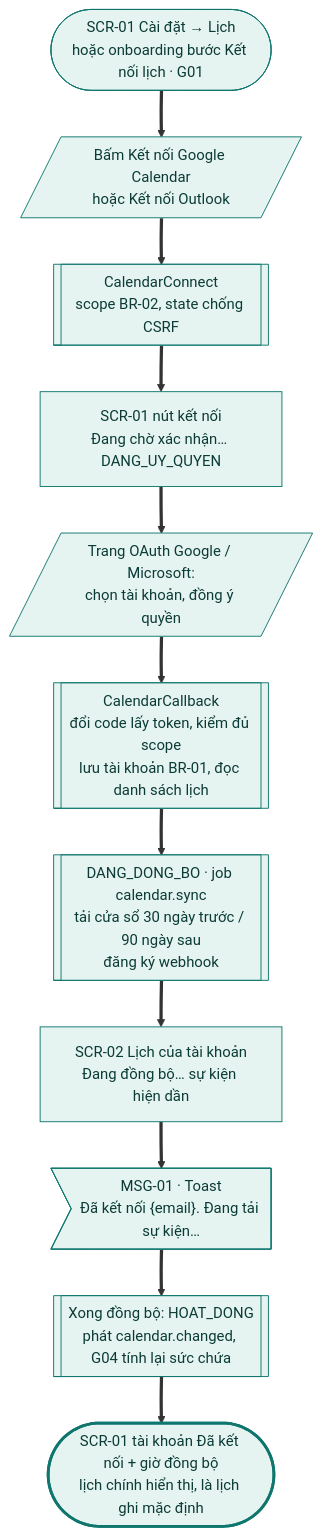
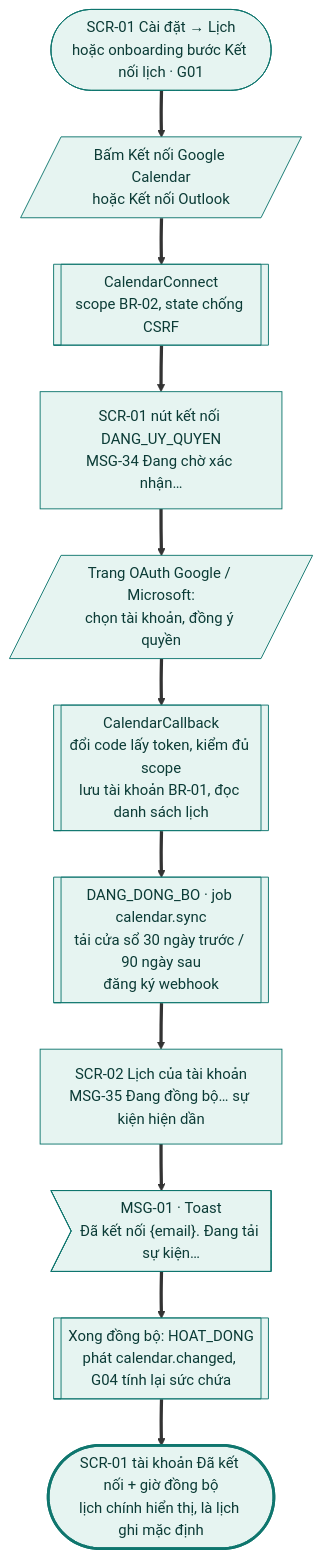
Before and after one commit to tannguyenho/personal-app: the first of 22 diagrams in docs/design-brief/flow/g05-lich-timebox.md, drawn with Mermaid. The commit also changed other lines of this file and 7 other files, not shown here.

First line of the commit message:
docs(G05, G07): áp quyết định PO 09/11 vào SRS, PRD, flow; QC-10, IA khay

````diff
--- a/docs/design-brief/flow/g05-lich-timebox.md
+++ b/docs/design-brief/flow/g05-lich-timebox.md
@@ -30,28 +30,28 @@
 ```mermaid
 flowchart TD
   start(["SCR-01 Cài đặt → Lịch<br/>hoặc onboarding bước Kết nối lịch · G01"])
   u1[/"Bấm Kết nối Google Calendar<br/>hoặc Kết nối Outlook"/]
   p1[["CalendarConnect<br/>scope BR-02, state chống CSRF"]]
-  s1["SCR-01 nút kết nối<br/>Đang chờ xác nhận… DANG_UY_QUYEN"]
+  s1["SCR-01 nút kết nối DANG_UY_QUYEN<br/>MSG-34 Đang chờ xác nhận…"]
   u2[/"Trang OAuth Google / Microsoft:<br/>chọn tài khoản, đồng ý quyền"/]
   p2[["CalendarCallback<br/>đổi code lấy token, kiểm đủ scope<br/>lưu tài khoản BR-01, đọc danh sách lịch"]]
   p3[["DANG_DONG_BO · job calendar.sync<br/>tải cửa sổ 30 ngày trước / 90 ngày sau<br/>đăng ký webhook"]]
-  s2["SCR-02 Lịch của tài khoản<br/>Đang đồng bộ… sự kiện hiện dần"]
+  s2["SCR-02 Lịch của tài khoản<br/>MSG-35 Đang đồng bộ… sự kiện hiện dần"]
   m1>"MSG-01 · Toast<br/>Đã kết nối {email}. Đang tải sự kiện…"]
   p4[["Xong đồng bộ: HOAT_DONG<br/>phát calendar.changed, G04 tính lại sức chứa"]]
   ok(["SCR-01 tài khoản Đã kết nối + giờ đồng bộ<br/>lịch chính hiển thị, là lịch ghi mặc định"])
 
   start ==> u1 ==> p1 ==> s1 ==> u2 ==> p2 ==> p3 ==> s2 ==> m1 ==> p4 ==> ok
 
   class start,u1,p1,s1,u2,p2,p3,s2,m1,p4 happy
   class ok done
   classDef happy fill:#E6F4F1,stroke:#0F766E,color:#0B3B36
   classDef alt fill:#F1F3F5,stroke:#6B7280,color:#1F2937
   classDef err fill:#FDECEC,stroke:#B42318,color:#5C1010
   classDef warn fill:#FEF4E2,stroke:#B45309,color:#4A2604
   classDef ai fill:#F1ECFD,stroke:#6D28D9,color:#2E1065
   classDef sync fill:#FFFFFF,stroke:#6B7280,stroke-dasharray:4 3,color:#1F2937
   classDef link fill:#FFFFFF,stroke:#0F766E,stroke-dasharray:4 3,color:#0B3B36
   classDef done fill:#E6F4F1,stroke:#0F766E,stroke-width:3px,color:#0B3B36
   classDef fail fill:#FDECEC,stroke:#B42318,stroke-width:3px,color:#5C1010
 ```
````
